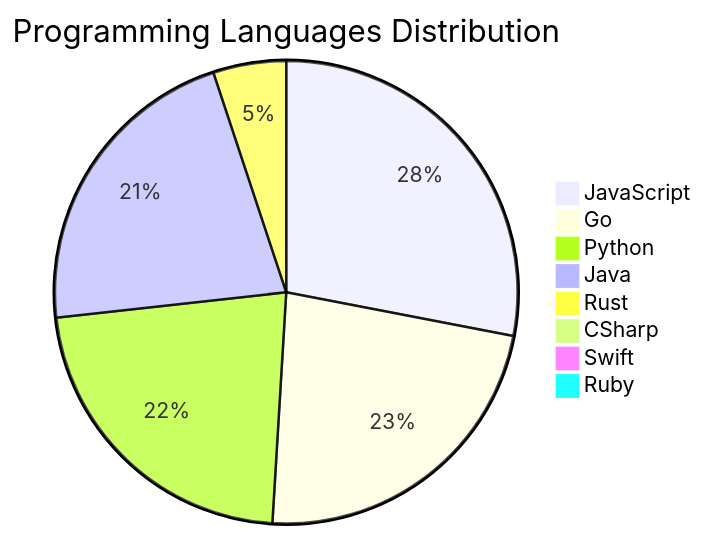
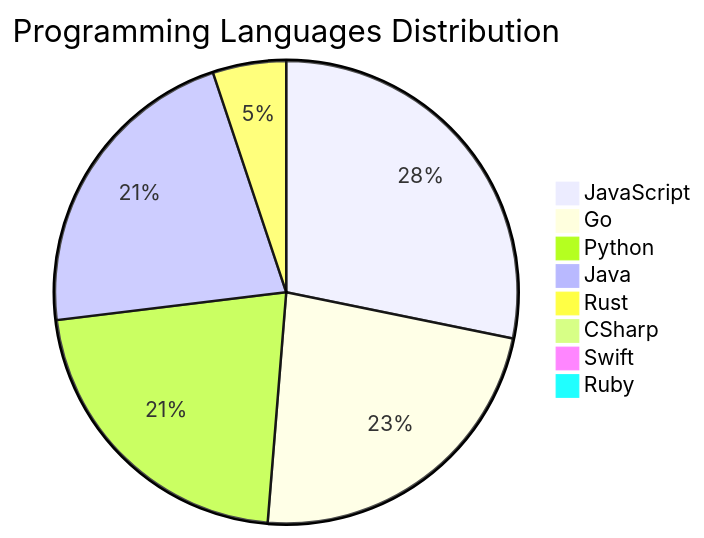
The diagram in README.md (Derrick-MUGISHA/github-activity-bot), drawn with Mermaid before and after one commit. The commit also changed other lines of this file and 4 other files, not shown here.

````diff
--- a/README.md
+++ b/README.md
@@ -209,11 +209,11 @@
 ```mermaid
 pie title Programming Languages Distribution
     "JavaScript" : 44
     "Go" : 36
-    "Python" : 35
+    "Python" : 34
     "Java" : 34
     "Rust" : 8
     "CSharp" : 1
     "Swift" : 1
     "Ruby" : 1
 ```
````
